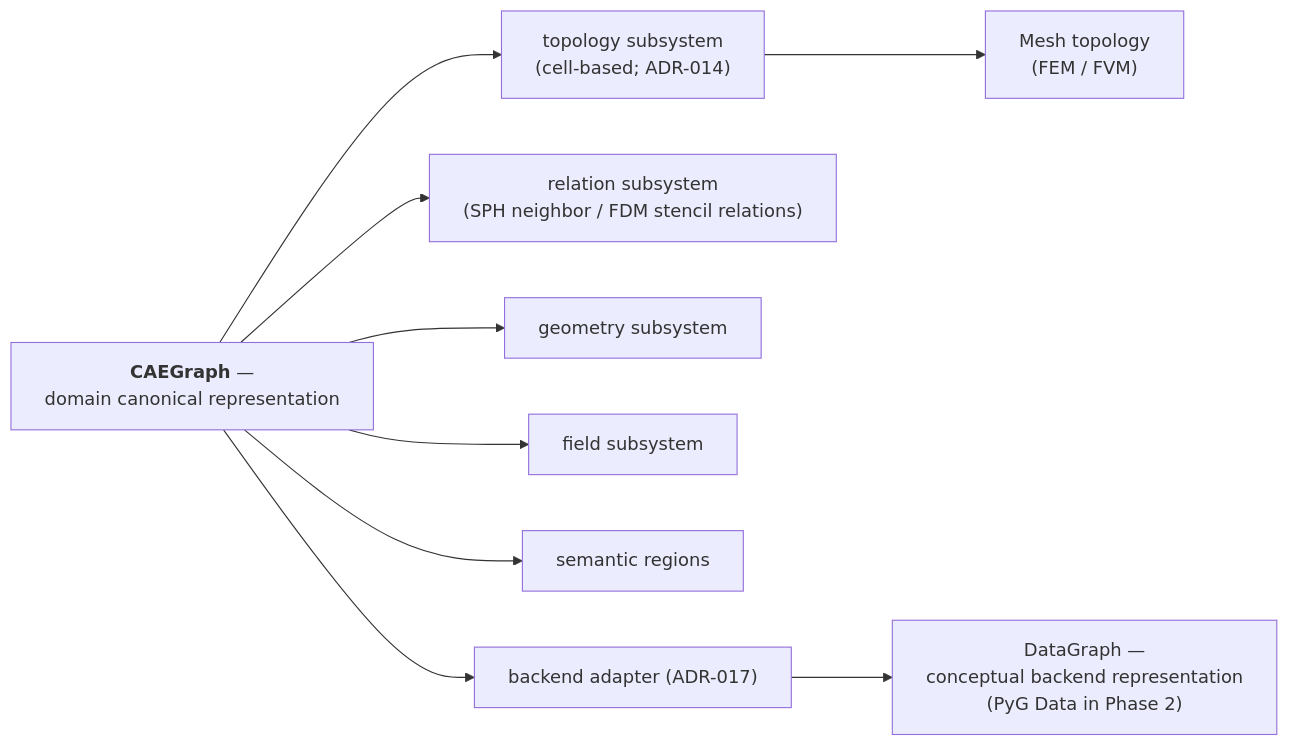
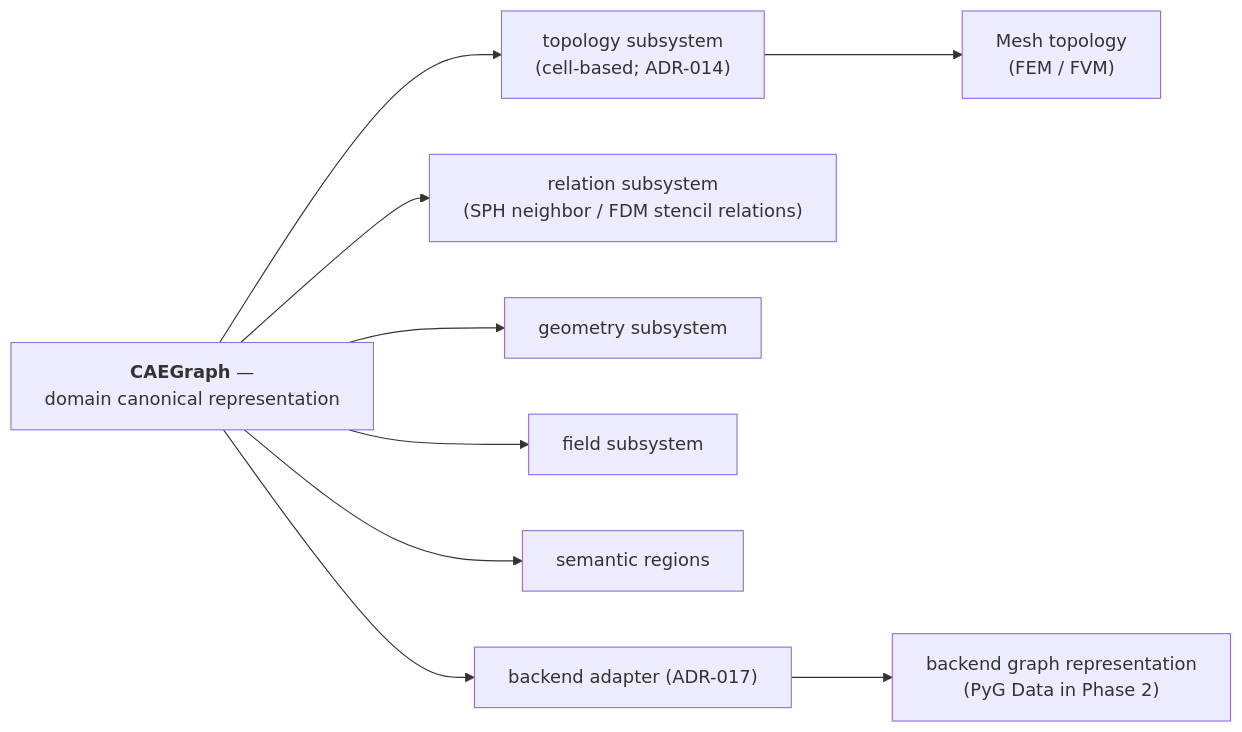
The diagram in docs/docs/architecture/overview.en.md (XYChouMian/caegraph), drawn with Mermaid before and after one commit. The commit also changed other lines of this file and 14 other files, not shown here.

Commit message:
docs(architecture): resolve representation terminology ambiguities

````diff
--- a/docs/docs/architecture/overview.en.md
+++ b/docs/docs/architecture/overview.en.md
@@ -35,14 +35,14 @@
 ```mermaid
 flowchart LR
     C["<b>CAEGraph</b> —<br>domain canonical representation"]
     C --> T["topology subsystem<br>(cell-based; ADR-014)"]
     T --> M["Mesh topology<br>(FEM / FVM)"]
     C --> R["relation subsystem<br>(SPH neighbor / FDM stencil relations)"]
     C --> G["geometry subsystem"]
     C --> F["field subsystem"]
     C --> RG["semantic regions"]
     C --> A["backend adapter (ADR-017)"]
-    A --> DG["DataGraph —<br>conceptual backend representation<br>(PyG Data in Phase 2)"]
+    A --> DG["backend graph representation<br>(PyG Data in Phase 2)"]
     classDef nowrap white-space:nowrap
     class C,T,M,R,G,F,RG,A,DG nowrap
 ```
````
